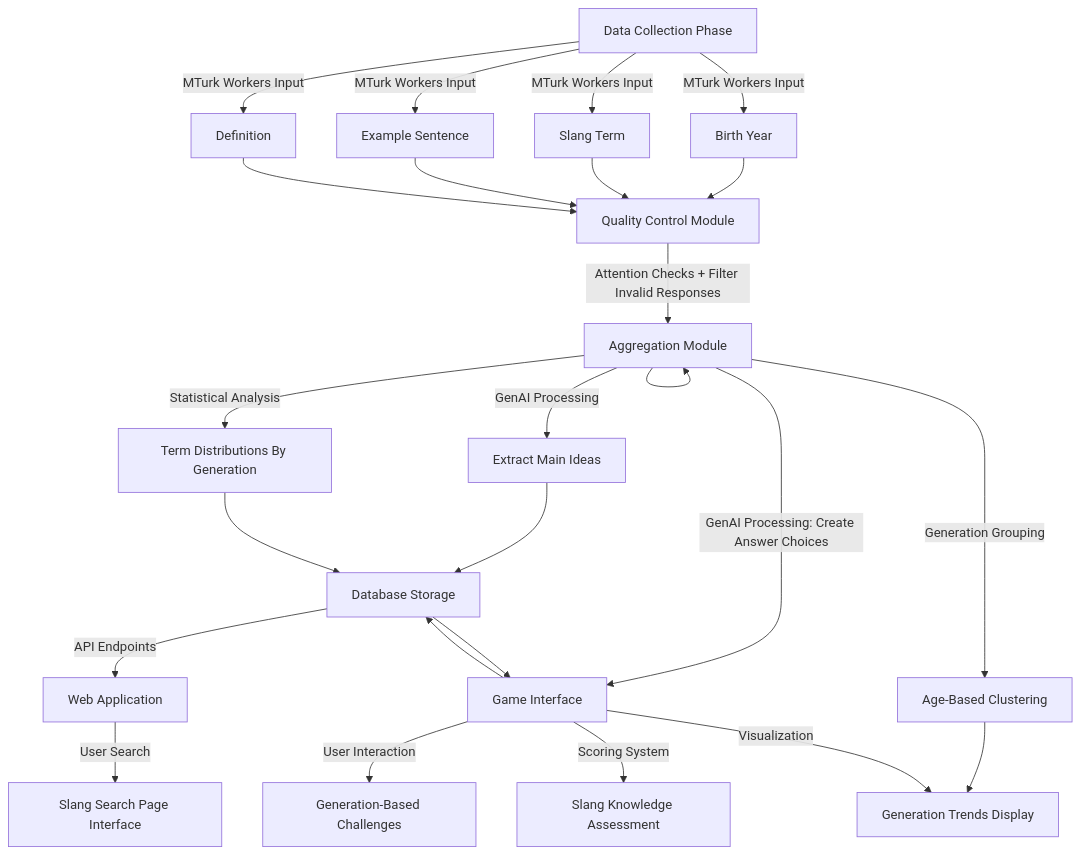
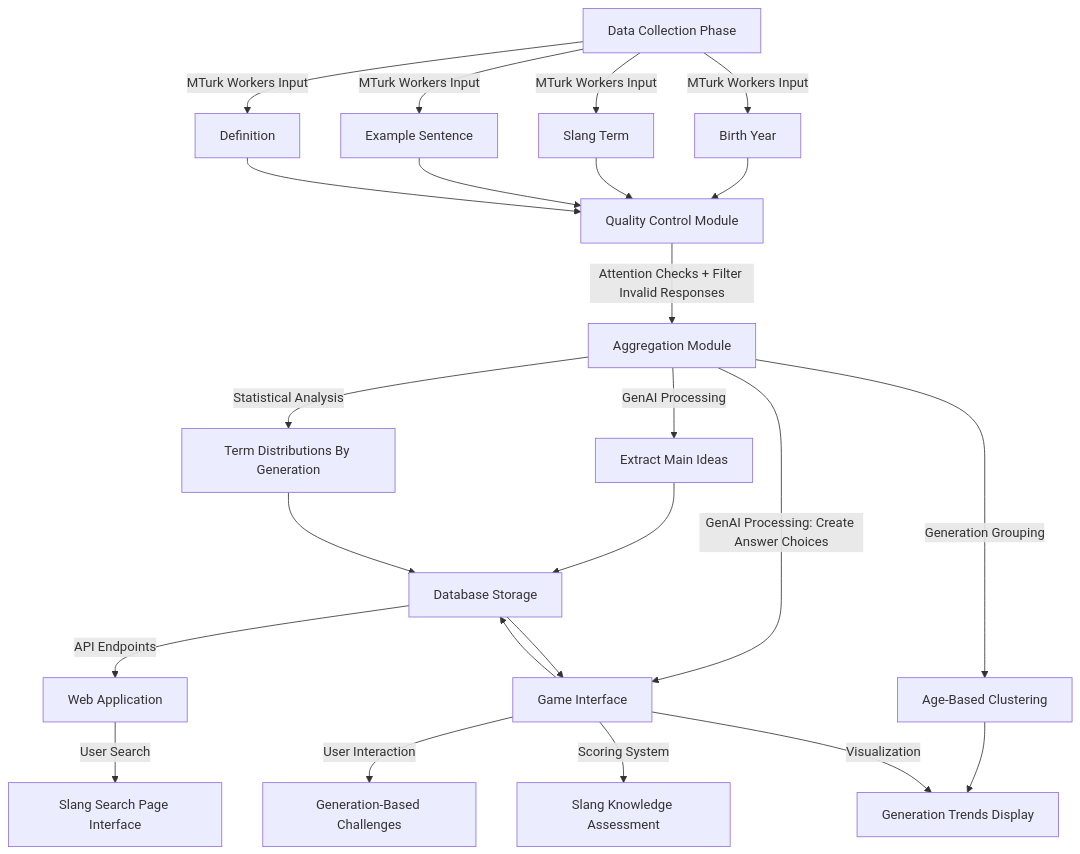
Before and after one commit to qareeb19/nets-2130: the diagram in flowchat2.md, drawn with Mermaid.

````diff
--- a/flowchat2.md
+++ b/flowchat2.md
@@ -1,34 +1,33 @@
 ```mermaid
 flowchart TD
     A[Data Collection Phase] --> |MTurk Workers Input| A1[Birth Year]
     A --> |MTurk Workers Input| A2[Slang Term]
     A --> |MTurk Workers Input| A3[Example Sentence]
     A --> |MTurk Workers Input| A4[Definition]
 
     A1 --> B[Quality Control Module]
     A2 --> B
     A3 --> B
     A4 --> B
 
     B --> |Attention Checks + Filter Invalid Responses| C[Aggregation Module]
 
     C --> |GenAI Processing| C1[Extract Main Ideas]
     C --> |Statistical Analysis| C2[Term Distributions By Generation]
     C --> |Generation Grouping| C3[Age-Based Clustering]
 
     C1 --> E
     C2 --> E
     C3 --> D3
 
 
-    C --> 
     C --> |GenAI Processing: Create Answer Choices| D[Game Interface]
     D --> |User Interaction| D1[Generation-Based Challenges]
     D --> |Scoring System| D2[Slang Knowledge Assessment]
     D --> |Visualization| D3[Generation Trends Display]
 
     D --> E[Database Storage]
     E --> D
     E --> |API Endpoints| F[Web Application]
     F --> |User Search| G[Slang Search Page Interface]
 ```
````
